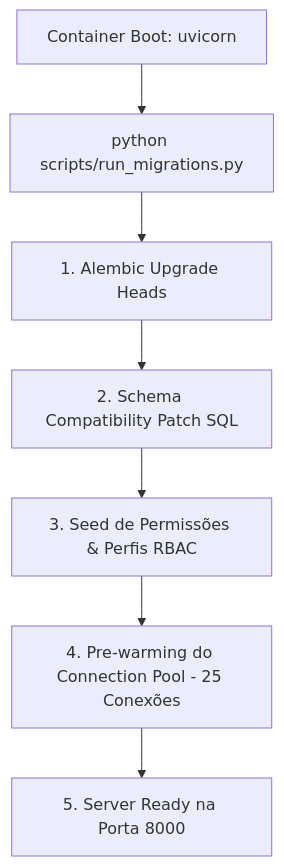
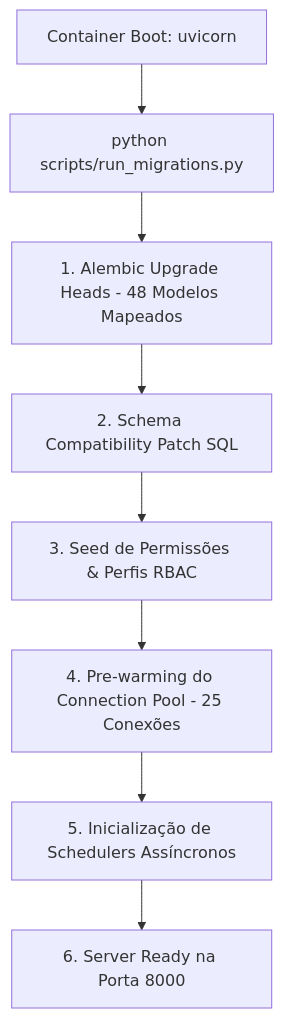
Before and after one commit to valfredodefarias/KyrusTech: the second of 2 diagrams in docs/ARQUITETURA_E_STARTUP.md, drawn with Mermaid. The commit also changed other lines of this file and 90 other files, not shown here.

````diff
--- a/docs/ARQUITETURA_E_STARTUP.md
+++ b/docs/ARQUITETURA_E_STARTUP.md
@@ -35,9 +46,10 @@
 ```mermaid
 graph TD
     A[Container Boot: uvicorn] --> B[python scripts/run_migrations.py]
-    B --> C[1. Alembic Upgrade Heads]
+    B --> C[1. Alembic Upgrade Heads - 48 Modelos Mapeados]
     C --> D[2. Schema Compatibility Patch SQL]
     D --> E[3. Seed de Permissões & Perfis RBAC]
     E --> F[4. Pre-warming do Connection Pool - 25 Conexões]
-    F --> G[5. Server Ready na Porta 8000]
+    F --> G[5. Inicialização de Schedulers Assíncronos]
+    G --> H[6. Server Ready na Porta 8000]
 ```
````
